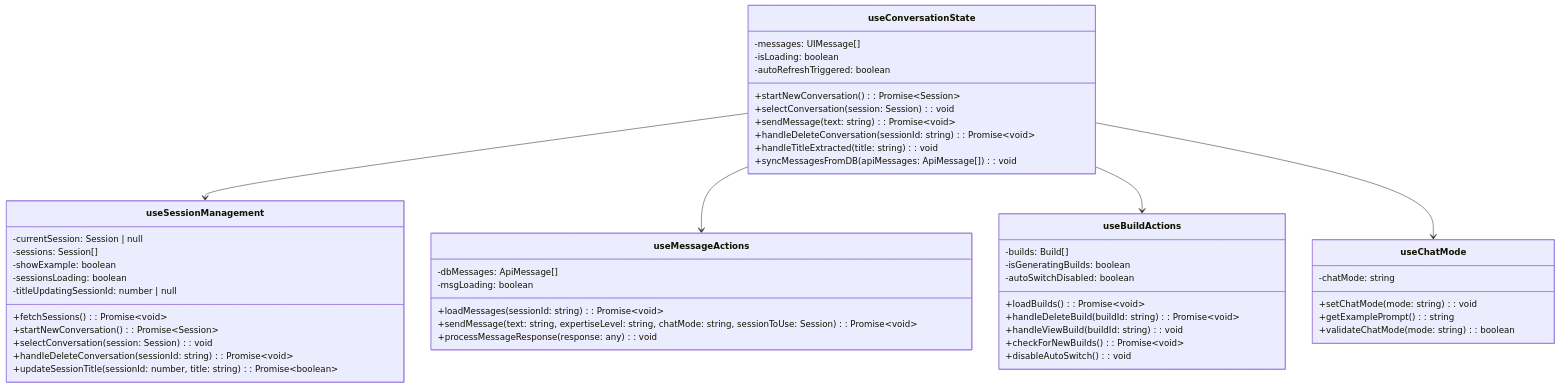
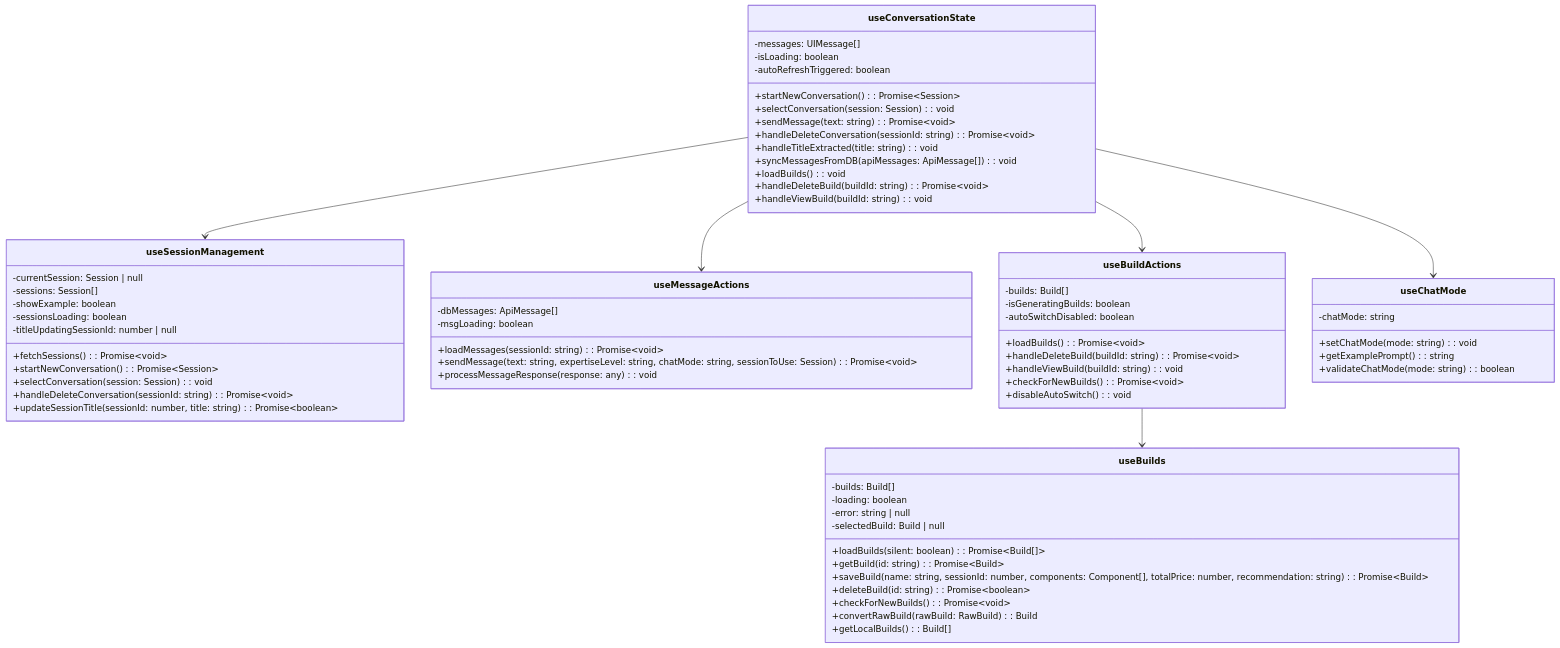
One commit to p0pular131/askspec-chat-assistant changed the seventh of 19 diagrams in docs/design-specification.md. Above: the diagram before and after it, drawn with Mermaid. The commit also changed other lines of this file, not shown here.

First line of the commit message:
Fix: Improve design spec diagrams and add estimate features

````diff
--- a/docs/design-specification.md
+++ b/docs/design-specification.md
@@ -232,58 +409,76 @@
 ```mermaid
 classDiagram
     class useConversationState {
         -messages: UIMessage[]
         -isLoading: boolean
         -autoRefreshTriggered: boolean
         +startNewConversation(): Promise~Session~
         +selectConversation(session: Session): void
         +sendMessage(text: string): Promise~void~
         +handleDeleteConversation(sessionId: string): Promise~void~
         +handleTitleExtracted(title: string): void
         +syncMessagesFromDB(apiMessages: ApiMessage[]): void
+        +loadBuilds(): void
+        +handleDeleteBuild(buildId: string): Promise~void~
+        +handleViewBuild(buildId: string): void
     }
 
     class useSessionManagement {
         -currentSession: Session | null
         -sessions: Session[]
         -showExample: boolean
         -sessionsLoading: boolean
         -titleUpdatingSessionId: number | null
         +fetchSessions(): Promise~void~
         +startNewConversation(): Promise~Session~
         +selectConversation(session: Session): void
         +handleDeleteConversation(sessionId: string): Promise~void~
         +updateSessionTitle(sessionId: number, title: string): Promise~boolean~
     }
 
     class useMessageActions {
         -dbMessages: ApiMessage[]
         -msgLoading: boolean
         +loadMessages(sessionId: string): Promise~void~
         +sendMessage(text: string, expertiseLevel: string, chatMode: string, sessionToUse: Session): Promise~void~
         +processMessageResponse(response: any): void
     }
 
     class useBuildActions {
         -builds: Build[]
         -isGeneratingBuilds: boolean
         -autoSwitchDisabled: boolean
         +loadBuilds(): Promise~void~
         +handleDeleteBuild(buildId: string): Promise~void~
         +handleViewBuild(buildId: string): void
         +checkForNewBuilds(): Promise~void~
         +disableAutoSwitch(): void
     }
 
+    class useBuilds {
+        -builds: Build[]
+        -loading: boolean
+        -error: string | null
+        -selectedBuild: Build | null
+        +loadBuilds(silent: boolean): Promise~Build[]~
+        +getBuild(id: string): Promise~Build~
+        +saveBuild(name: string, sessionId: number, components: Component[], totalPrice: number, recommendation: string): Promise~Build~
+        +deleteBuild(id: string): Promise~boolean~
+        +checkForNewBuilds(): Promise~void~
+        +convertRawBuild(rawBuild: RawBuild): Build
+        +getLocalBuilds(): Build[]
+    }
+
     class useChatMode {
         -chatMode: string
         +setChatMode(mode: string): void
         +getExamplePrompt(): string
         +validateChatMode(mode: string): boolean
     }
 
     useConversationState --> useSessionManagement
     useConversationState --> useMessageActions
     useConversationState --> useBuildActions
     useConversationState --> useChatMode
+    useBuildActions --> useBuilds
 ```
````
